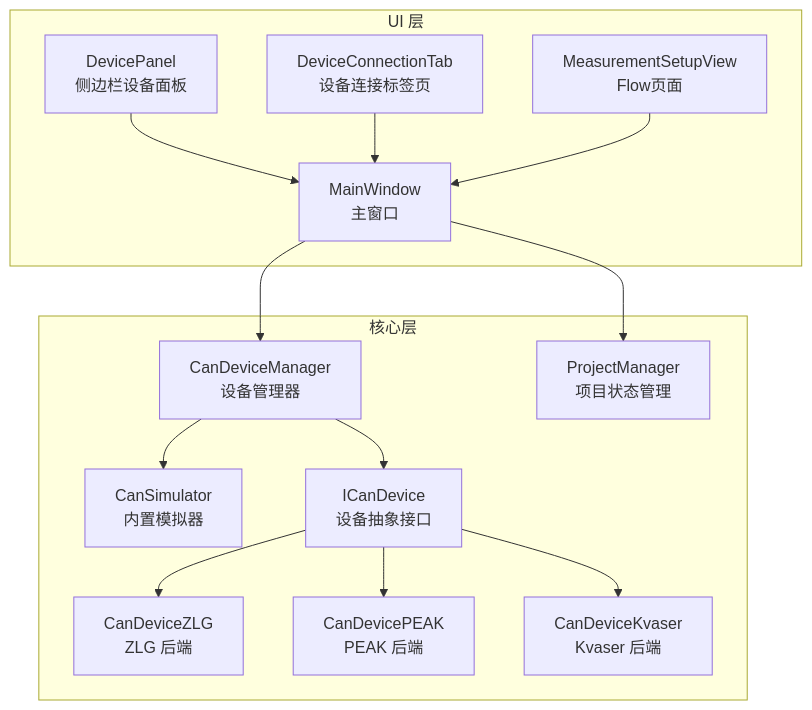
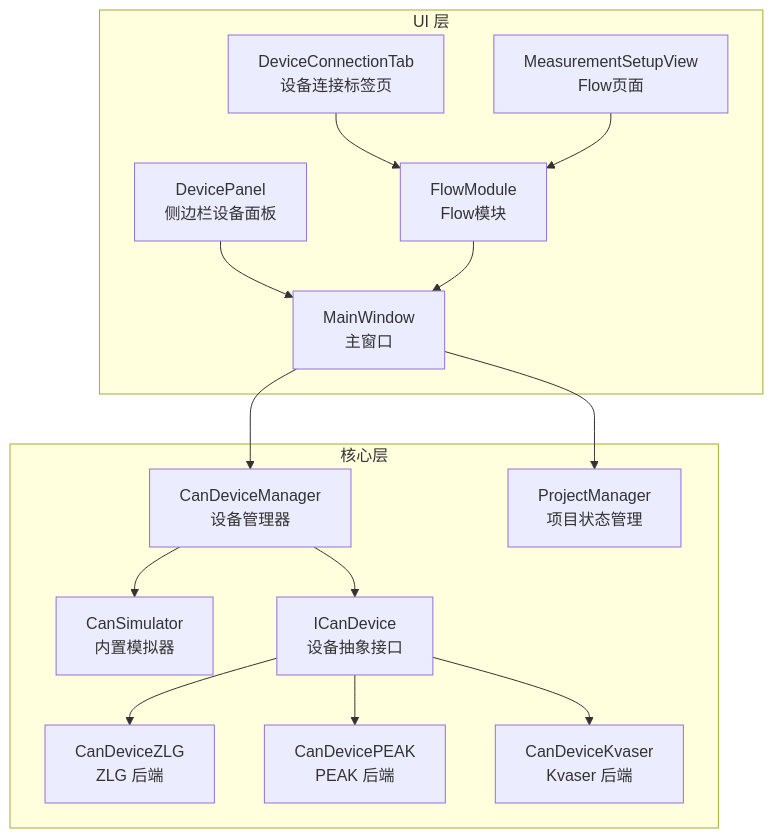
The first of 6 diagrams in .qoder/repowiki/zh/content/架构设计/UI系统设计/设备连接界面.md (jakecai1225-design/OpenBus), drawn with Mermaid before and after one commit. The commit also changed other lines of this file and 10 other files, not shown here.

````diff
--- a/.qoder/repowiki/zh/content/架构设计/UI系统设计/设备连接界面.md
+++ b/.qoder/repowiki/zh/content/架构设计/UI系统设计/设备连接界面.md
@@ -51,28 +55,30 @@
 ```mermaid
 graph TB
 subgraph "UI 层"
 DP["DevicePanel<br/>侧边栏设备面板"]
 DCT["DeviceConnectionTab<br/>设备连接标签页"]
 MSV["MeasurementSetupView<br/>Flow页面"]
 MW["MainWindow<br/>主窗口"]
+FM["FlowModule<br/>Flow模块"]
 end
 subgraph "核心层"
 CDM["CanDeviceManager<br/>设备管理器"]
 SIM["CanSimulator<br/>内置模拟器"]
 IFACE["ICanDevice<br/>设备抽象接口"]
 ZLG["CanDeviceZLG<br/>ZLG 后端"]
 PEAK["CanDevicePEAK<br/>PEAK 后端"]
 KVASER["CanDeviceKvaser<br/>Kvaser 后端"]
 PM["ProjectManager<br/>项目状态管理"]
 end
 DP --> MW
-DCT --> MW
-MSV --> MW
+DCT --> FM
+MSV --> FM
+FM --> MW
 MW --> CDM
 MW --> PM
 CDM --> SIM
 CDM --> IFACE
 IFACE --> ZLG
 IFACE --> PEAK
 IFACE --> KVASER
 ```
````
